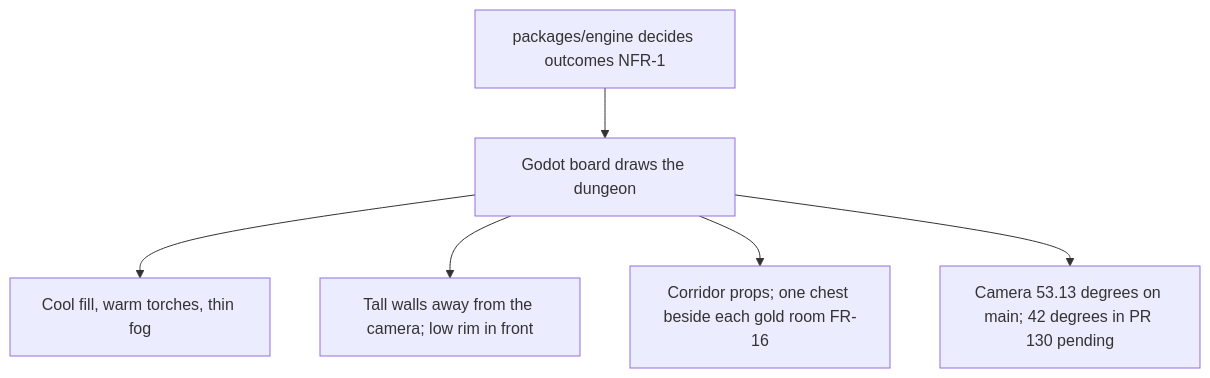
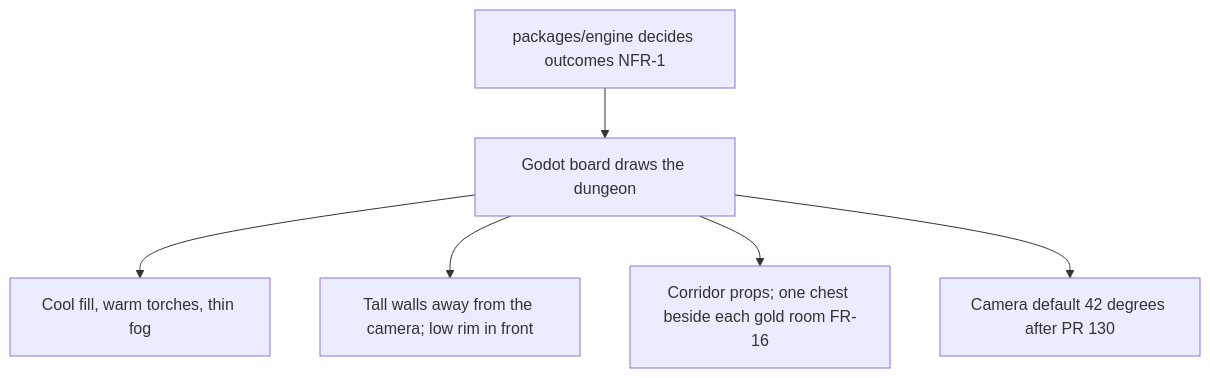
One commit to artofdream/zorg-dungeon changed the ninth of 9 diagrams in docs/PLAYER_GUIDE.md. Above: the diagram before and after it, drawn with Mermaid. The commit also changed other lines of this file and 4 other files, not shown here.

First line of the commit message:
docs: #130 camera is now on main

````diff
--- a/docs/PLAYER_GUIDE.md
+++ b/docs/PLAYER_GUIDE.md
@@ -284,10 +284,10 @@
 ```mermaid
 flowchart TB
   engine["packages/engine decides outcomes NFR-1"]
   board["Godot board draws the dungeon"]
   engine --> board
   board --> light["Cool fill, warm torches, thin fog"]
   board --> walls["Tall walls away from the camera; low rim in front"]
   board --> props["Corridor props; one chest beside each gold room FR-16"]
-  board --> cam["Camera 53.13 degrees on main; 42 degrees in PR 130 pending"]
+  board --> cam["Camera default 42 degrees after PR 130"]
 ```
````
